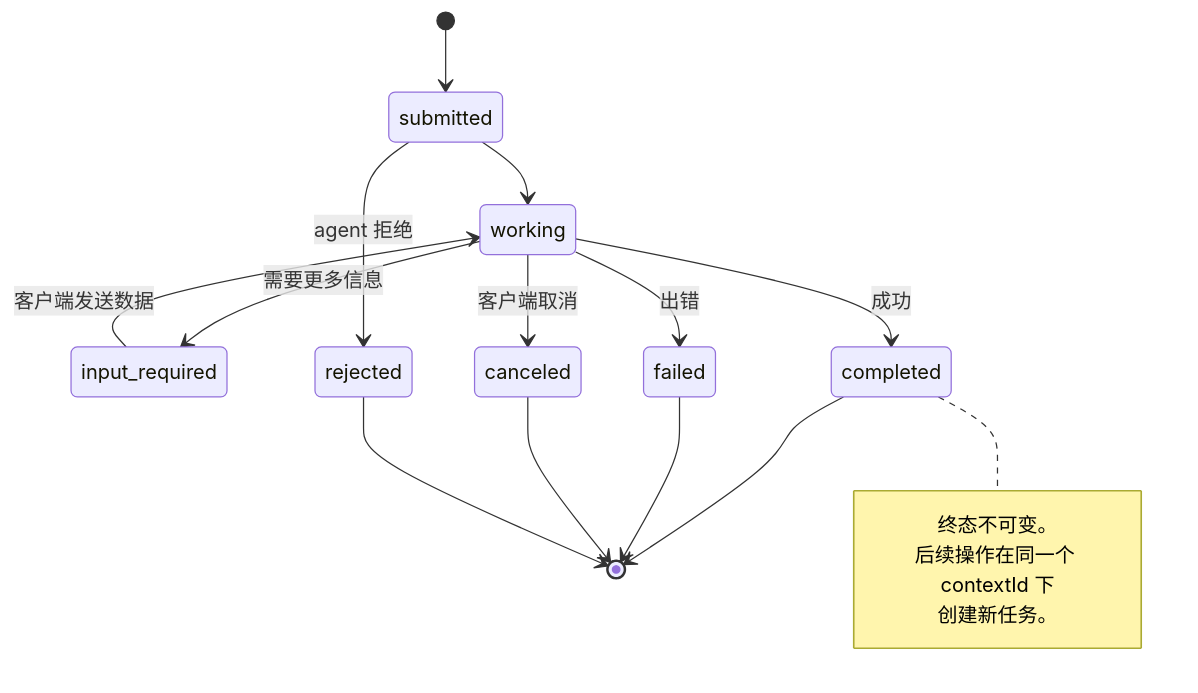
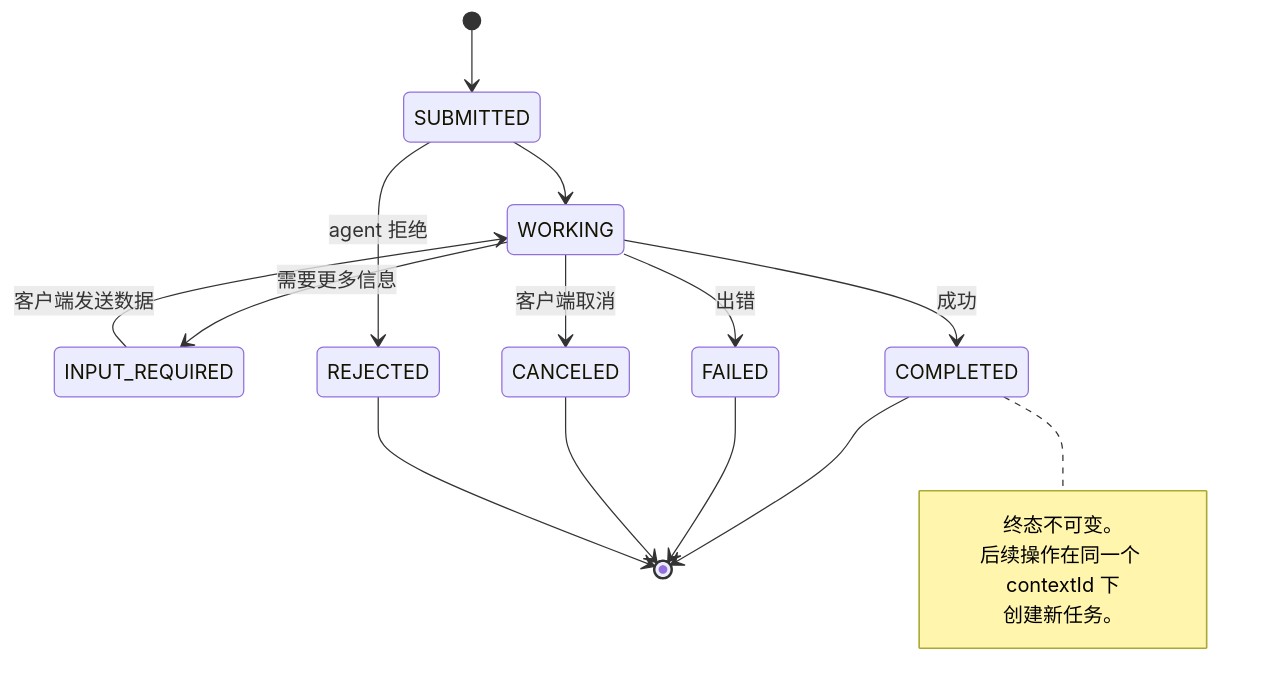
The fourth of 13 diagrams in phases/16-multi-agent-and-swarms/03-communication-protocols/docs/zh.md (fancyboi999/ai-engineering-from-scratch-zh), drawn with Mermaid before and after one commit. The commit also changed other lines of this file and 36 other files, not shown here.

Commit message:
sync(zh): 同步上游 A2A 1.0.1 规范、交互图表动画修复与课程打卡功能 (#95)

````diff
--- a/phases/16-multi-agent-and-swarms/03-communication-protocols/docs/zh.md
+++ b/phases/16-multi-agent-and-swarms/03-communication-protocols/docs/zh.md
@@ -173,22 +173,22 @@
 ```mermaid
 stateDiagram-v2
-    [*] --> submitted
-    submitted --> working
-    working --> input_required: 需要更多信息
-    input_required --> working: 客户端发送数据
-    working --> completed: 成功
-    working --> failed: 出错
-    working --> canceled: 客户端取消
-    submitted --> rejected: agent 拒绝
+    [*] --> SUBMITTED
+    SUBMITTED --> WORKING
+    WORKING --> INPUT_REQUIRED: 需要更多信息
+    INPUT_REQUIRED --> WORKING: 客户端发送数据
+    WORKING --> COMPLETED: 成功
+    WORKING --> FAILED: 出错
+    WORKING --> CANCELED: 客户端取消
+    SUBMITTED --> REJECTED: agent 拒绝
 
-    completed --> [*]
-    failed --> [*]
-    canceled --> [*]
-    rejected --> [*]
+    COMPLETED --> [*]
+    FAILED --> [*]
+    CANCELED --> [*]
+    REJECTED --> [*]
 
-    note right of completed
+    note right of COMPLETED
         终态不可变。
         后续操作在同一个 contextId 下
         创建新任务。
     end note
 ```
````
